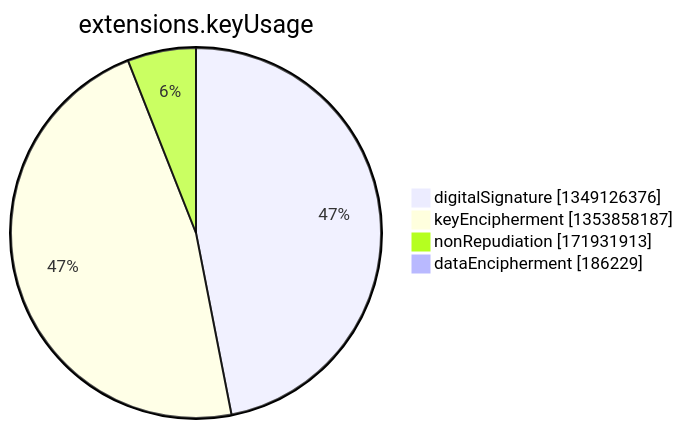
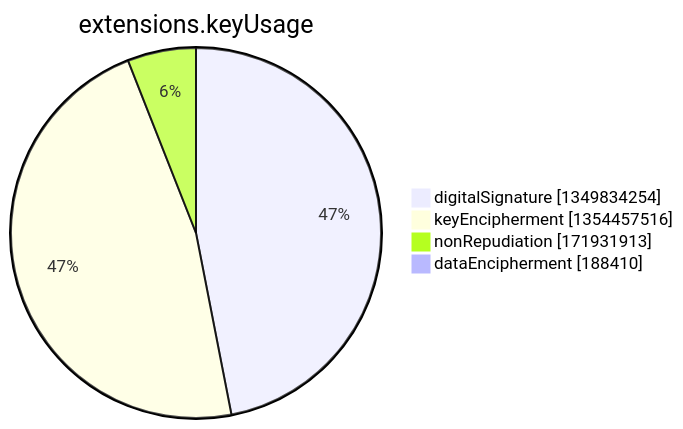
Before and after one commit to christiankrug/ctmonitor_visualization: the seventh of 15 diagrams in argon2022/README.md, drawn with Mermaid. The commit also changed other lines of this file, not shown here.

````diff
--- a/argon2022/README.md
+++ b/argon2022/README.md
@@ -2750,8 +2750,8 @@
 ```mermaid
 pie showData
 title extensions.keyUsage
-"digitalSignature" :1349126376
-"keyEncipherment" :1353858187
+"digitalSignature" :1349834254
+"keyEncipherment" :1354457516
 "nonRepudiation" :171931913
-"dataEncipherment" :186229
+"dataEncipherment" :188410
 ```
````
